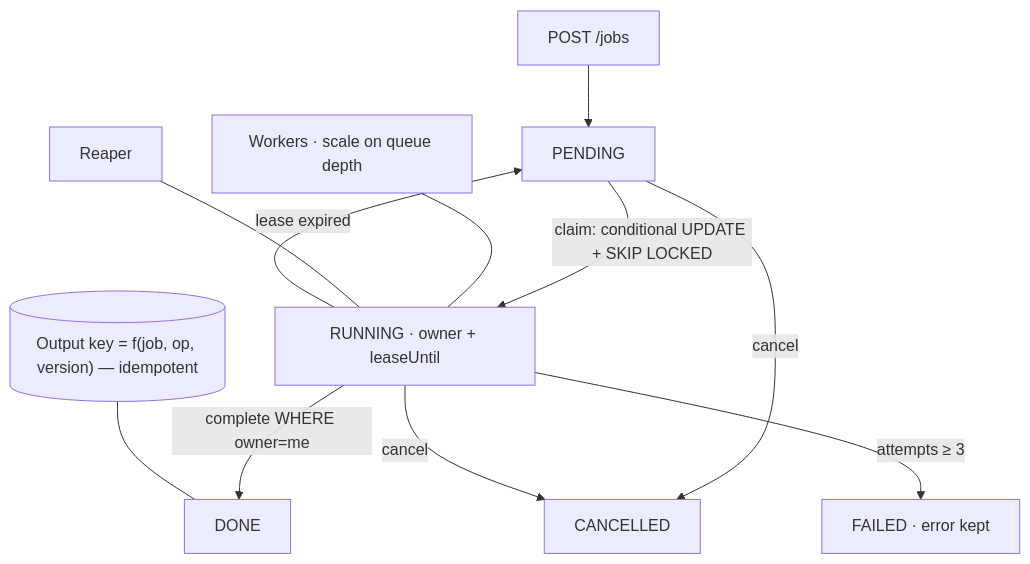
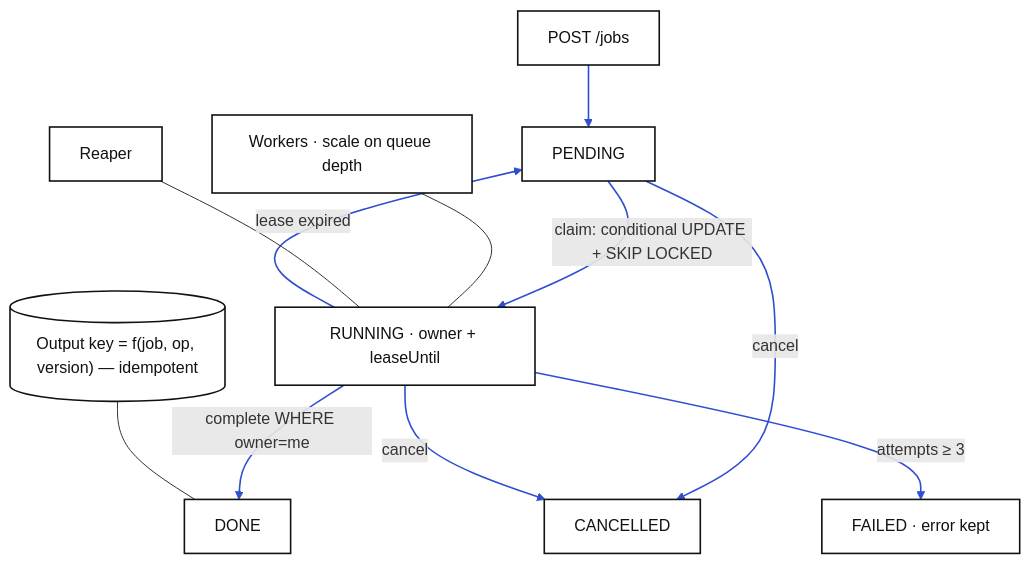
Before and after one commit to kkanakka/kkanakka.github.io: the diagram in diagrams-src/image-job-service/architecture.mmd, drawn with Mermaid. The commit also changed 115 other files, not shown here.

First line of the commit message:
Restyle architecture diagrams: black on white, blue sync, purple async

```diff
--- a/diagrams-src/image-job-service/architecture.mmd
+++ b/diagrams-src/image-job-service/architecture.mmd
@@ -1,13 +1,17 @@
 %% section: Design
 %% caption: Architecture
 flowchart TB
     SUB["POST /jobs"] --> PEND["PENDING"]
     PEND -->|"claim: conditional UPDATE + SKIP LOCKED"| RUN["RUNNING · owner + leaseUntil"]
     RUN -->|"complete WHERE owner=me"| DONE["DONE"]
     RUN -->|"lease expired"| PEND
     RUN -->|"attempts ≥ 3"| FAIL["FAILED · error kept"]
     PEND -->|"cancel"| CAN["CANCELLED"]
     RUN -->|"cancel"| CAN
     W["Workers · scale on queue depth"] --- RUN
     RP["Reaper"] --- RUN
     OUT[("Output key = f(job, op, version) — idempotent")] --- DONE
+%% --- style (generated by scripts/style-flowcharts.js) ---
+    classDef n fill:#ffffff,stroke:#111111,stroke-width:1.6px,color:#111111;
+    class W,RP,OUT,SUB,PEND,RUN,DONE,FAIL,CAN n;
+    linkStyle 0,1,2,3,4,5,6 stroke:#2f4fd0,stroke-width:1.6px;
```
